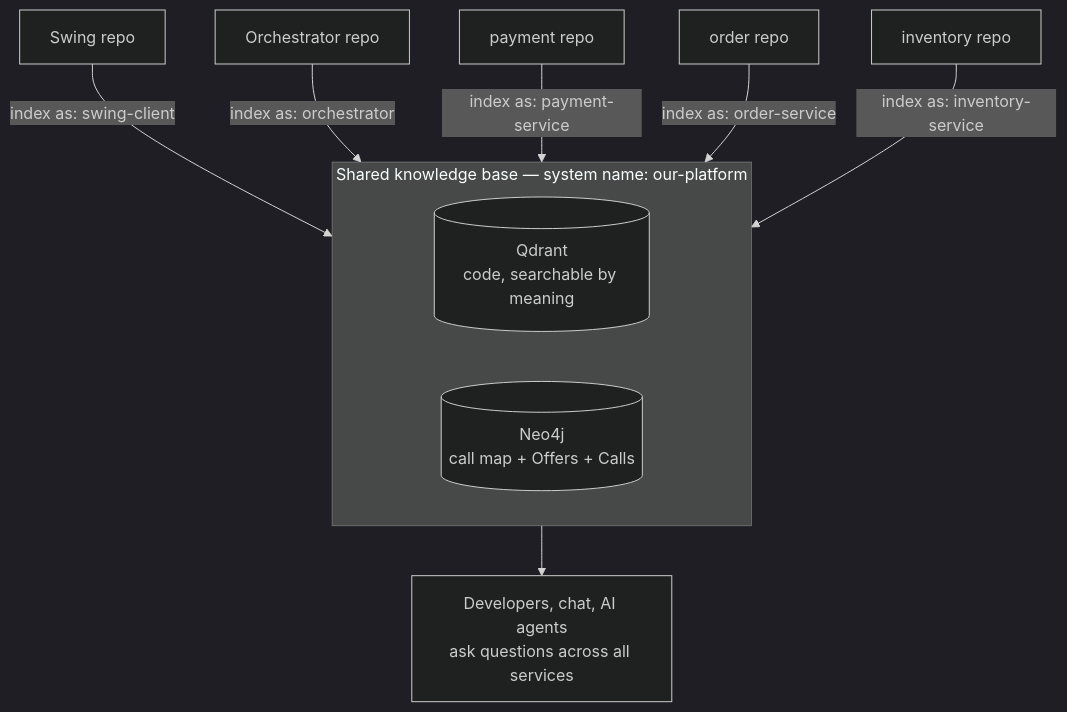
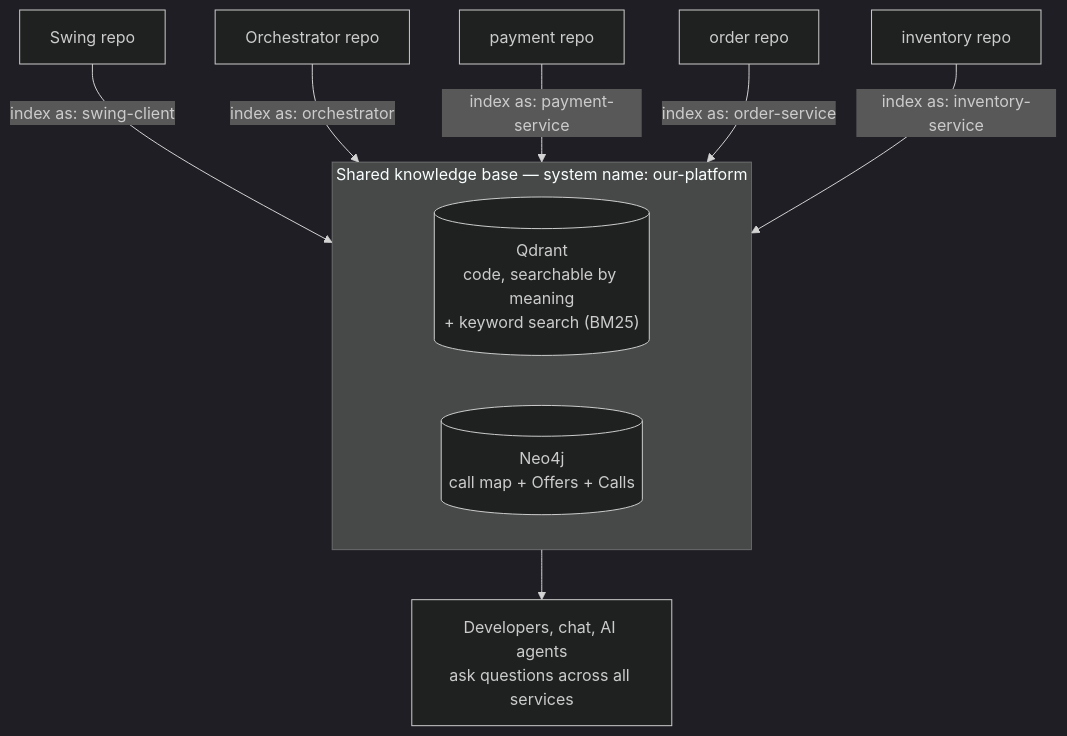
One commit to SayantanBong007/-Kitsune changed the fourth of 4 diagrams in MULTI_SERVICE_DESIGN.md. Above: the diagram before and after it, drawn with Mermaid (dark theme). The commit also changed other lines of this file, not shown here.

Commit message:
Design: cover keyword search (BM25) and local files in the shared knowledge base

````diff
--- a/MULTI_SERVICE_DESIGN.md
+++ b/MULTI_SERVICE_DESIGN.md
@@ -135,13 +135,13 @@
 ```mermaid
 flowchart TB
     subgraph KB["Shared knowledge base — system name: our-platform"]
-        Q[("Qdrant<br/>code, searchable by meaning")]
+        Q[("Qdrant<br/>code, searchable by meaning<br/>+ keyword search (BM25)")]
         N[("Neo4j<br/>call map + Offers + Calls")]
     end
     R1["Swing repo"] -->|"index as: swing-client"| KB
     R2["Orchestrator repo"] -->|"index as: orchestrator"| KB
     R3["payment repo"] -->|"index as: payment-service"| KB
     R4["order repo"] -->|"index as: order-service"| KB
     R5["inventory repo"] -->|"index as: inventory-service"| KB
     KB --> U["Developers, chat, AI agents<br/>ask questions across all services"]
 ```
````
